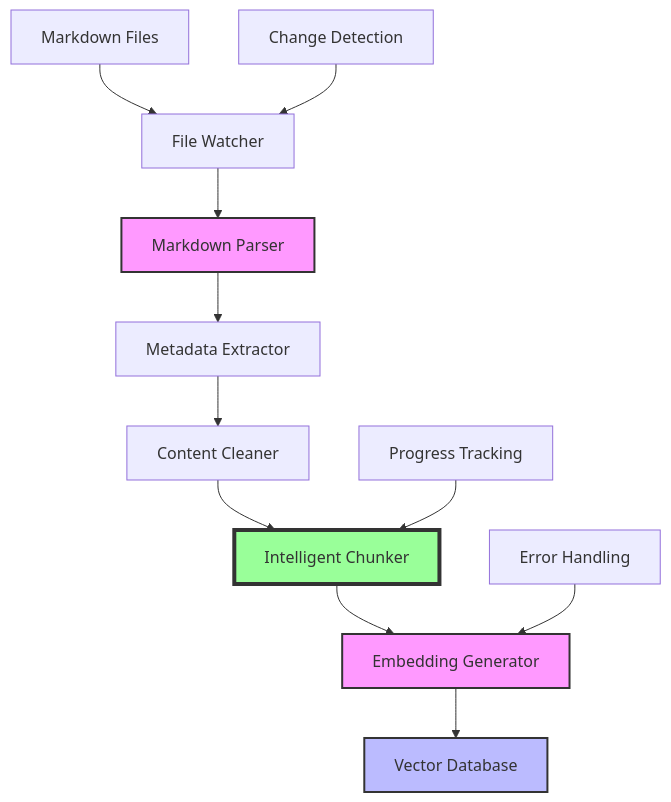
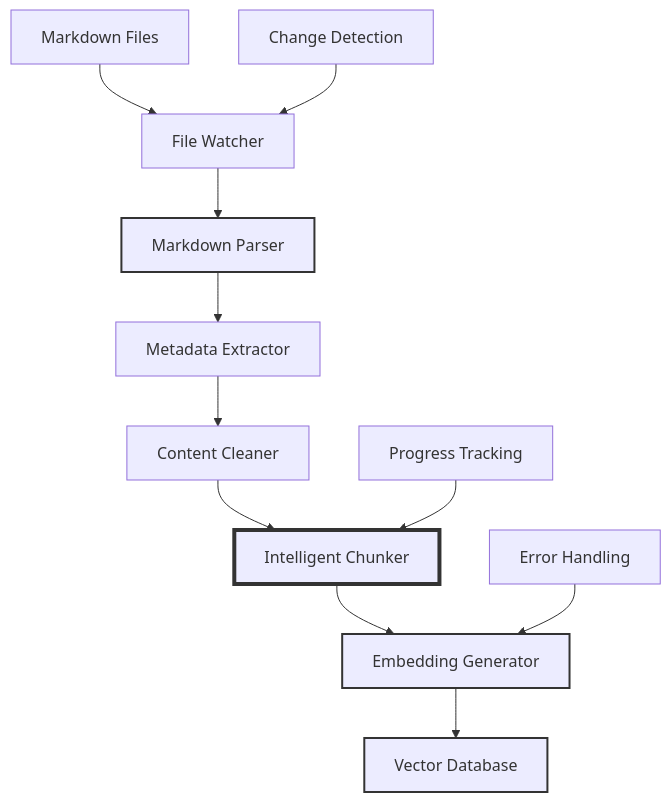
One commit to Shaddix/mostlylucidweb changed the first of 2 diagrams in Mostlylucid/Markdown/building-a-lawyer-gpt-for-your-blog-part4.md. Above: the diagram before and after it, drawn with Mermaid. The commit also changed other lines of this file and 7 other files, not shown here.

First line of the commit message:
Update Mermaid diagrams in Lawyer GPT series for dark mode compatibility

````diff
--- a/Mostlylucid/Markdown/building-a-lawyer-gpt-for-your-blog-part4.md
+++ b/Mostlylucid/Markdown/building-a-lawyer-gpt-for-your-blog-part4.md
@@ -20,19 +20,22 @@
 ```mermaid
 graph TB
     A[Markdown Files] --> B[File Watcher]
     B --> C[Markdown Parser]
     C --> D[Metadata Extractor]
     D --> E[Content Cleaner]
     E --> F[Intelligent Chunker]
     F --> G[Embedding Generator]
     G --> H[Vector Database]
 
     I[Change Detection] --> B
     J[Progress Tracking] --> F
     K[Error Handling] --> G
 
-    style C fill:#f9f,stroke:#333,stroke-width:2px
-    style F fill:#9f9,stroke:#333,stroke-width:4px
-    style G fill:#f9f,stroke:#333,stroke-width:2px
-    style H fill:#bbf,stroke:#333,stroke-width:2px
+    class C,G processing
+    class F chunking
+    class H storage
+
+    classDef processing stroke:#333,stroke-width:2px
+    classDef chunking stroke:#333,stroke-width:4px
+    classDef storage stroke:#333,stroke-width:2px
 ```
````
